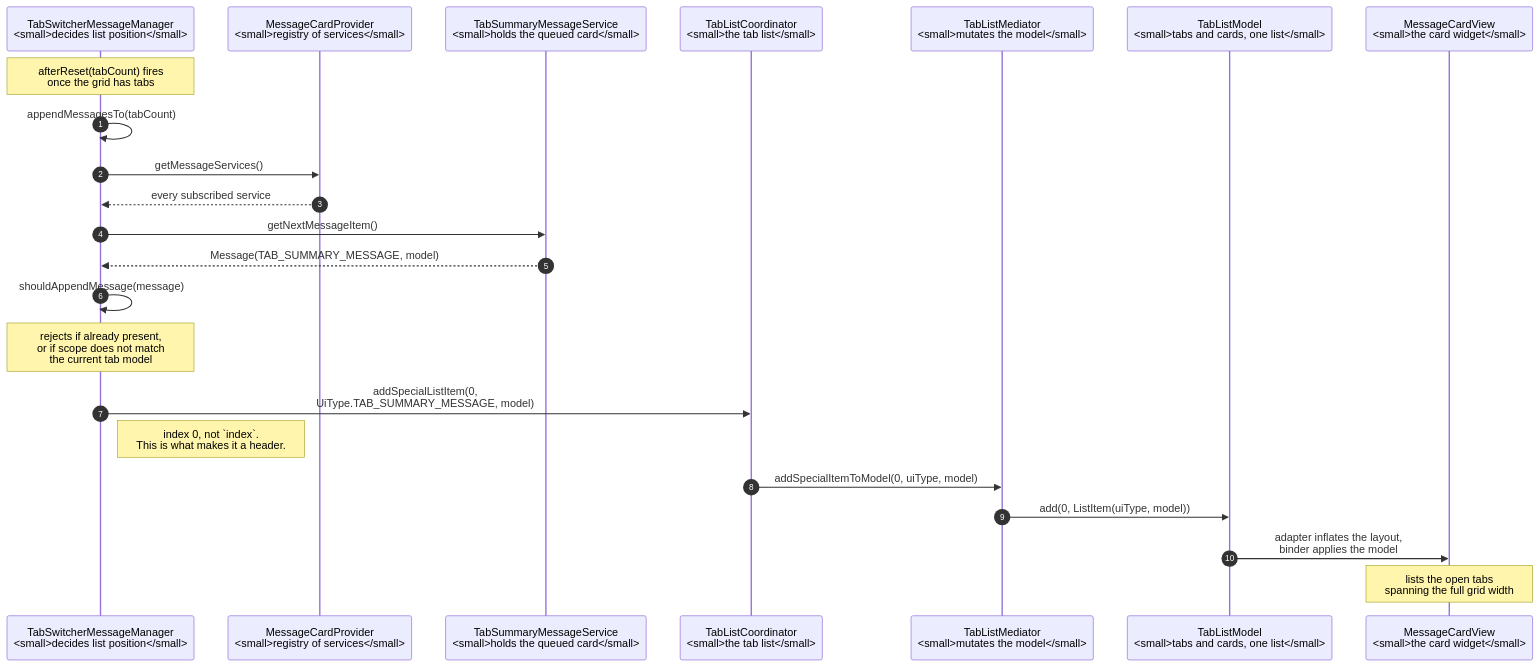
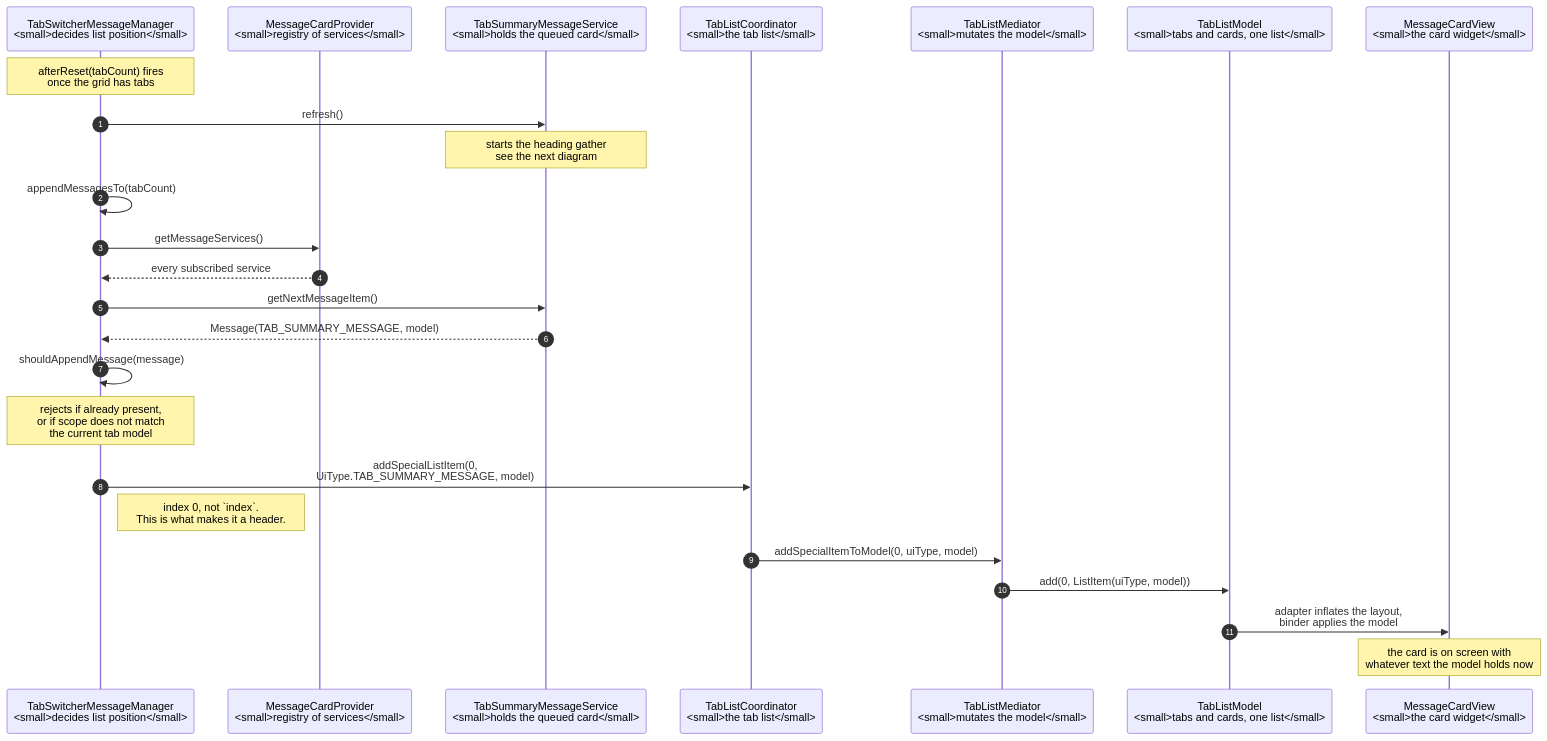
The third of 6 diagrams in docs/floating_window/tab-summary-android-ui-alternatives.md (obeletski/chromium), drawn with Mermaid before and after one commit. The commit also changed other lines of this file and 8 other files, not shown here.

````diff
--- a/docs/floating_window/tab-summary-android-ui-alternatives.md
+++ b/docs/floating_window/tab-summary-android-ui-alternatives.md
@@ -511,26 +584,28 @@
 ```mermaid
 sequenceDiagram
     autonumber
     participant TSMM as TabSwitcherMessageManager<br/><small>decides list position</small>
     participant MCP as MessageCardProvider<br/><small>registry of services</small>
     participant SVC as TabSummaryMessageService<br/><small>holds the queued card</small>
     participant TLC as TabListCoordinator<br/><small>the tab list</small>
     participant TLM as TabListMediator<br/><small>mutates the model</small>
     participant MODEL as TabListModel<br/><small>tabs and cards, one list</small>
     participant VIEW as MessageCardView<br/><small>the card widget</small>
 
     Note over TSMM: afterReset(tabCount) fires<br/>once the grid has tabs
+    TSMM->>SVC: refresh()
+    Note over SVC: starts the heading gather<br/>see the next diagram
     TSMM->>TSMM: appendMessagesTo(tabCount)
     TSMM->>MCP: getMessageServices()
     MCP-->>TSMM: every subscribed service
     TSMM->>SVC: getNextMessageItem()
     SVC-->>TSMM: Message(TAB_SUMMARY_MESSAGE, model)
     TSMM->>TSMM: shouldAppendMessage(message)
     Note over TSMM: rejects if already present,<br/>or if scope does not match<br/>the current tab model
     TSMM->>TLC: addSpecialListItem(0,<br/>UiType.TAB_SUMMARY_MESSAGE, model)
     Note right of TSMM: index 0, not `index`.<br/>This is what makes it a header.
     TLC->>TLM: addSpecialItemToModel(0, uiType, model)
     TLM->>MODEL: add(0, ListItem(uiType, model))
     MODEL->>VIEW: adapter inflates the layout,<br/>binder applies the model
-    Note over VIEW: lists the open tabs<br/>spanning the full grid width
+    Note over VIEW: the card is on screen with<br/>whatever text the model holds now
 ```
````
